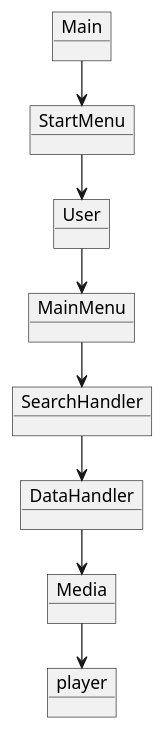
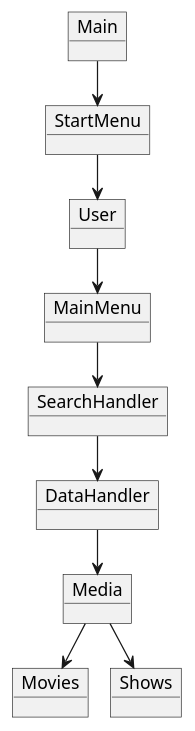
The diagram in .idea/Domain Model.puml (ValdemarLarsen02/SP3GruppeD), drawn with PlantUML before and after one commit. The commit also changed 1 other file, not shown here.

```diff
--- a/.idea/Domain Model.puml
+++ b/.idea/Domain Model.puml
@@ -1,30 +1,33 @@
 @startuml
 !pragma layout smetana
 
 object Main
 object StartMenu
 object MainMenu
 object Media
 object DataHandler
 object User
 object SearchHandler
-object player
+object Movies
+object Shows
 
 
 
 Main --> StartMenu
 StartMenu --> User
 User --> MainMenu
 MainMenu --> SearchHandler
 SearchHandler --> DataHandler
 DataHandler --> Media
-Media --> player
+Media --> Shows
+Media --> Movies
+
 
 
 
 
 
 
 
 
 @enduml
```
